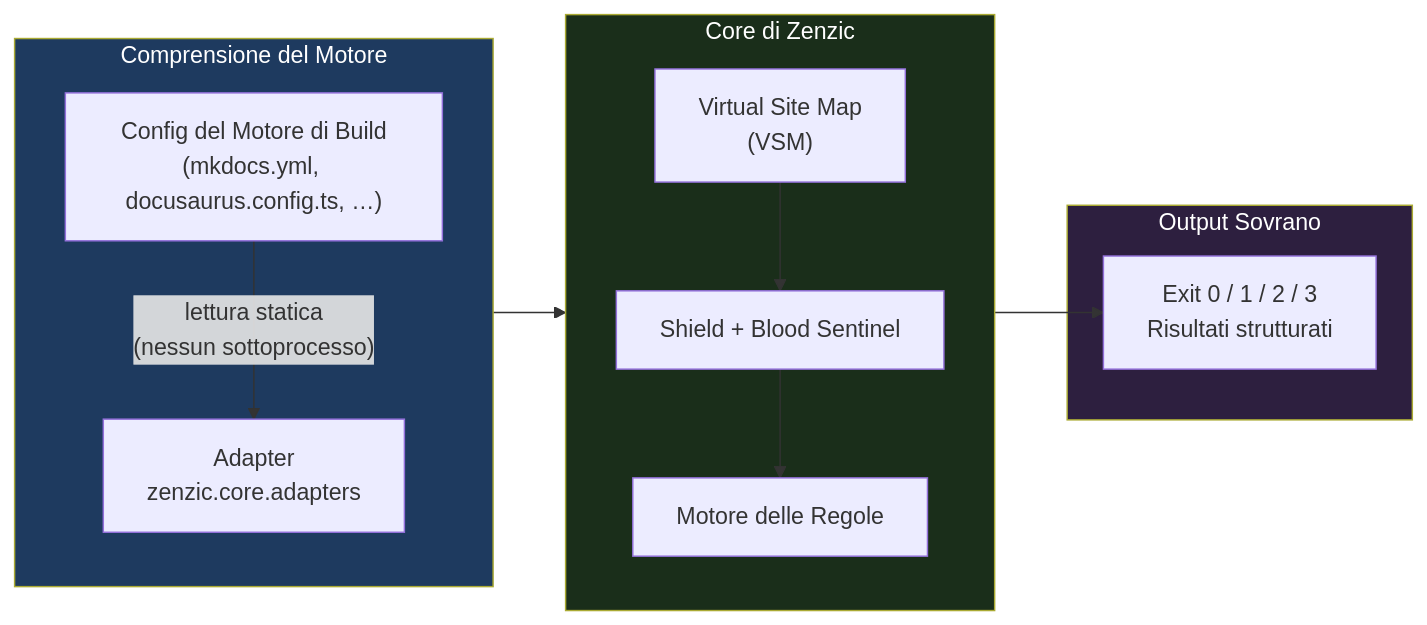
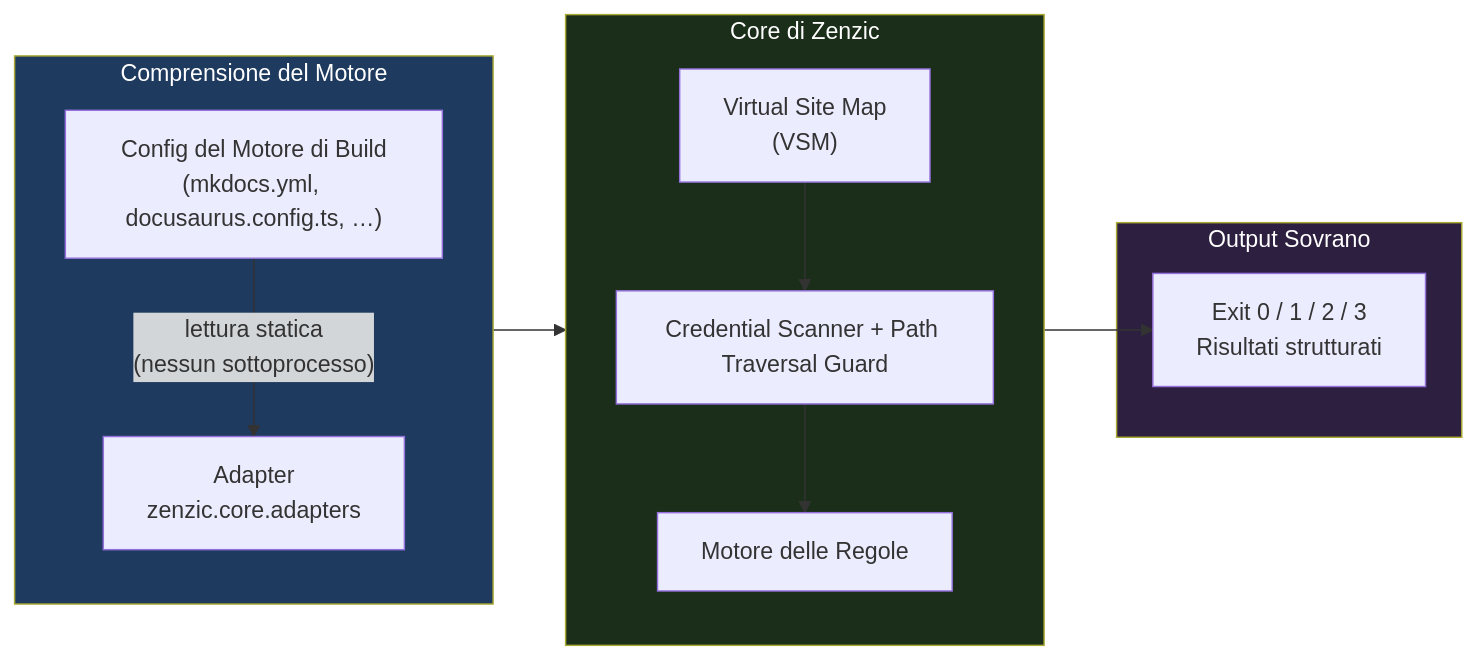
One commit to PythonWoods/zenzic-doc changed the diagram in i18n/it/docusaurus-plugin-content-docs/current/explanation/ecosystem.mdx. Above: the diagram before and after it, drawn with Mermaid. The commit also changed other lines of this file and 105 other files, not shown here.

Commit message:
docs(rebrand): purgatorio totale — zero sentinel/shield, privacy-gate, quality-gate

````diff
--- a/i18n/it/docusaurus-plugin-content-docs/current/explanation/ecosystem.mdx
+++ b/i18n/it/docusaurus-plugin-content-docs/current/explanation/ecosystem.mdx
@@ -38,28 +38,28 @@
 ```mermaid
 flowchart LR
     subgraph INTAKE ["Comprensione del Motore"]
         direction TB
         ENG["Config del Motore di Build\n(mkdocs.yml, docusaurus.config.ts, …)"]
         ADP["Adapter\nzenzic.core.adapters"]
         ENG -->|"lettura statica\n(nessun sottoprocesso)"| ADP
     end
 
     subgraph CORE ["Core di Zenzic"]
         direction TB
         VSM["Virtual Site Map\n(VSM)"]
-        SHIELD["Shield + Blood Sentinel"]
+        CREDENTIALS["Credential Scanner + Path Traversal Guard"]
         RULES["Motore delle Regole"]
         ADP --> VSM
-        VSM --> SHIELD
-        SHIELD --> RULES
+        VSM --> CREDENTIALS
+        CREDENTIALS --> RULES
     end
 
     subgraph OUT ["Output Sovrano"]
         EXIT["Exit 0 / 1 / 2 / 3\nRisultati strutturati"]
         RULES --> EXIT
     end
 
     style INTAKE fill:#1e3a5f,color:#fff
     style CORE fill:#1a2e1a,color:#fff
     style OUT fill:#2d1f3f,color:#fff
 ```
````
